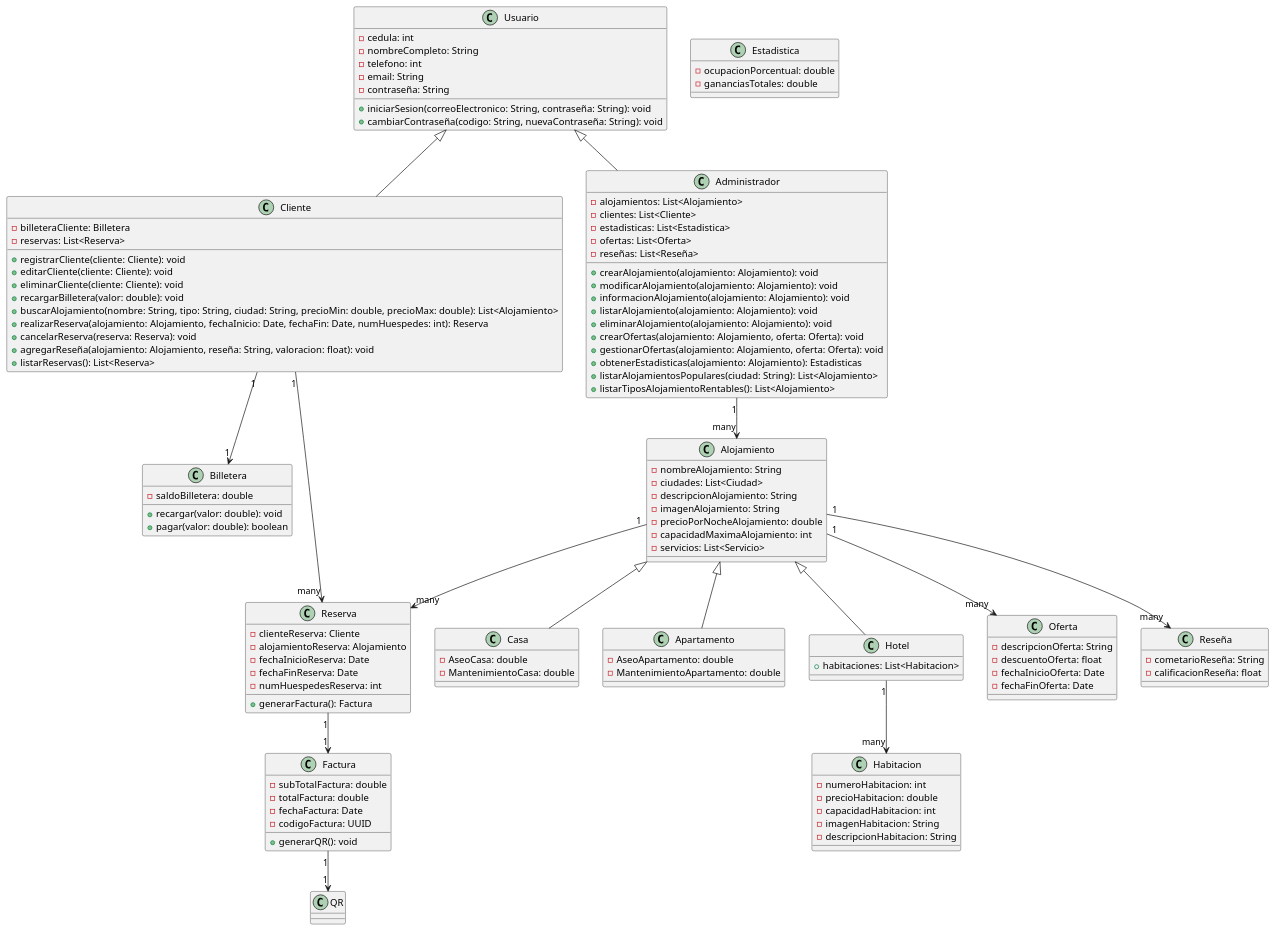
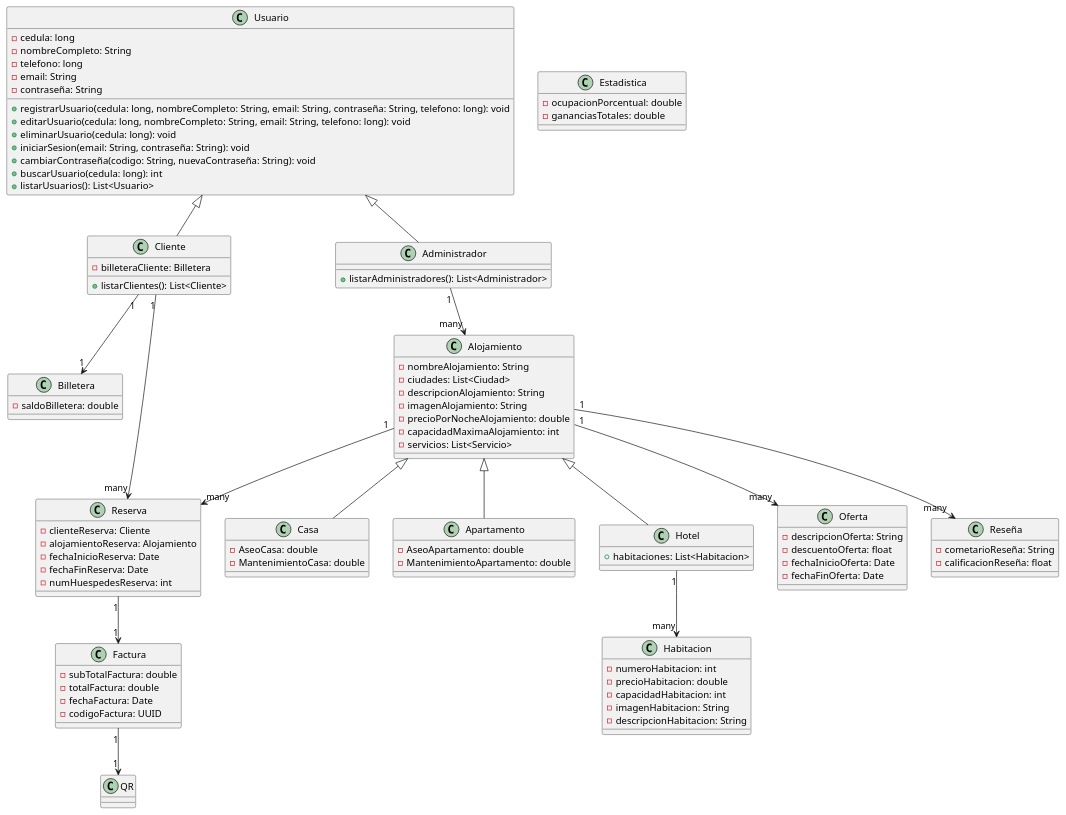
The diagram in src/main/resources/img/DiagramaDeClases.puml (RedRos41/Programacion_2), drawn with PlantUML before and after one commit. The commit also changed 12 other files, not shown here.

Commit message:
Se actualiza los modelos, se crea una nueva carpeta para almacenar la gestion de los modelos y se actualiza el DiagramaDeClases.puml.

```diff
--- a/src/main/resources/img/DiagramaDeClases.puml
+++ b/src/main/resources/img/DiagramaDeClases.puml
@@ -1,129 +1,109 @@
 @startuml
 'https://plantuml.com/sequence-diagram
 
 class Usuario {
-    - cedula: int
+    - cedula: long
     - nombreCompleto: String
-    - telefono: int
+    - telefono: long
     - email: String
     - contraseña: String
-    + iniciarSesion(correoElectronico: String, contraseña: String): void
+    + registrarUsuario(cedula: long, nombreCompleto: String, email: String, contraseña: String, telefono: long): void
+    + editarUsuario(cedula: long, nombreCompleto: String, email: String, telefono: long): void
+    + eliminarUsuario(cedula: long): void
+    + iniciarSesion(email: String, contraseña: String): void
     + cambiarContraseña(codigo: String, nuevaContraseña: String): void
+    + buscarUsuario(cedula: long): int
+    + listarUsuarios(): List<Usuario>
 }
 
 class Cliente extends Usuario {
     - billeteraCliente: Billetera
-    - reservas: List<Reserva>
-    + registrarCliente(cliente: Cliente): void
-    + editarCliente(cliente: Cliente): void
-    + eliminarCliente(cliente: Cliente): void
-    + recargarBilletera(valor: double): void
-    + buscarAlojamiento(nombre: String, tipo: String, ciudad: String, precioMin: double, precioMax: double): List<Alojamiento>
-    + realizarReserva(alojamiento: Alojamiento, fechaInicio: Date, fechaFin: Date, numHuespedes: int): Reserva
-    + cancelarReserva(reserva: Reserva): void
-    + agregarReseña(alojamiento: Alojamiento, reseña: String, valoracion: float): void
-    + listarReservas(): List<Reserva>
+    + listarClientes(): List<Cliente>
 }
 
 class Administrador extends Usuario {
-    - alojamientos: List<Alojamiento>
-    - clientes: List<Cliente>
-    - estadisticas: List<Estadistica>
-    - ofertas: List<Oferta>
-    - reseñas: List<Reseña>
-    + crearAlojamiento(alojamiento: Alojamiento): void
-    + modificarAlojamiento(alojamiento: Alojamiento): void
-    + informacionAlojamiento(alojamiento: Alojamiento): void
-    + listarAlojamiento(alojamiento: Alojamiento): void
-    + eliminarAlojamiento(alojamiento: Alojamiento): void
-    + crearOfertas(alojamiento: Alojamiento, oferta: Oferta): void
-    + gestionarOfertas(alojamiento: Alojamiento, oferta: Oferta): void
-    + obtenerEstadisticas(alojamiento: Alojamiento): Estadisticas
-    + listarAlojamientosPopulares(ciudad: String): List<Alojamiento>
-    + listarTiposAlojamientoRentables(): List<Alojamiento>
-
+    + listarAdministradores(): List<Administrador>
 }
 
 class Alojamiento {
     - nombreAlojamiento: String
     - ciudades: List<Ciudad>
     - descripcionAlojamiento: String
     - imagenAlojamiento: String
     - precioPorNocheAlojamiento: double
     - capacidadMaximaAlojamiento: int
     - servicios: List<Servicio>
 }
 
 class Casa extends Alojamiento {
     - AseoCasa: double
     - MantenimientoCasa: double
 }
 
 class Apartamento extends Alojamiento {
     - AseoApartamento: double
     - MantenimientoApartamento: double
 }
 
 class Hotel extends Alojamiento {
     + habitaciones: List<Habitacion>
 }
 
 class Habitacion {
     - numeroHabitacion: int
     - precioHabitacion: double
     - capacidadHabitacion: int
     - imagenHabitacion: String
     - descripcionHabitacion: String
 }
 
 class Billetera {
     - saldoBilletera: double
-    + recargar(valor: double): void
-    + pagar(valor: double): boolean
 }
 
 class Reserva {
     - clienteReserva: Cliente
     - alojamientoReserva: Alojamiento
     - fechaInicioReserva: Date
     - fechaFinReserva: Date
     - numHuespedesReserva: int
-    + generarFactura(): Factura
 }
 
 class Factura {
     - subTotalFactura: double
     - totalFactura: double
     - fechaFactura: Date
     - codigoFactura: UUID
-    + generarQR(): void
 }
 
 class Oferta {
     - descripcionOferta: String
     - descuentoOferta: float
     - fechaInicioOferta: Date
     - fechaFinOferta: Date
 }
 
 class Estadistica {
     - ocupacionPorcentual: double
     - gananciasTotales: double
 }
 
 class Reseña {
     - cometarioReseña: String
     - calificacionReseña: float
 }
 
+class QR {
+}
+
 Cliente "1" --> "1" Billetera
 Administrador "1" --> "many" Alojamiento
 Cliente "1" --> "many" Reserva
 Alojamiento "1" --> "many" Oferta
 Alojamiento "1" --> "many" Reseña
 Alojamiento "1" --> "many" Reserva
 Reserva "1" --> "1" Factura
 Factura "1" --> "1" QR
 Hotel "1" --> "many" Habitacion
 
 @enduml
```
